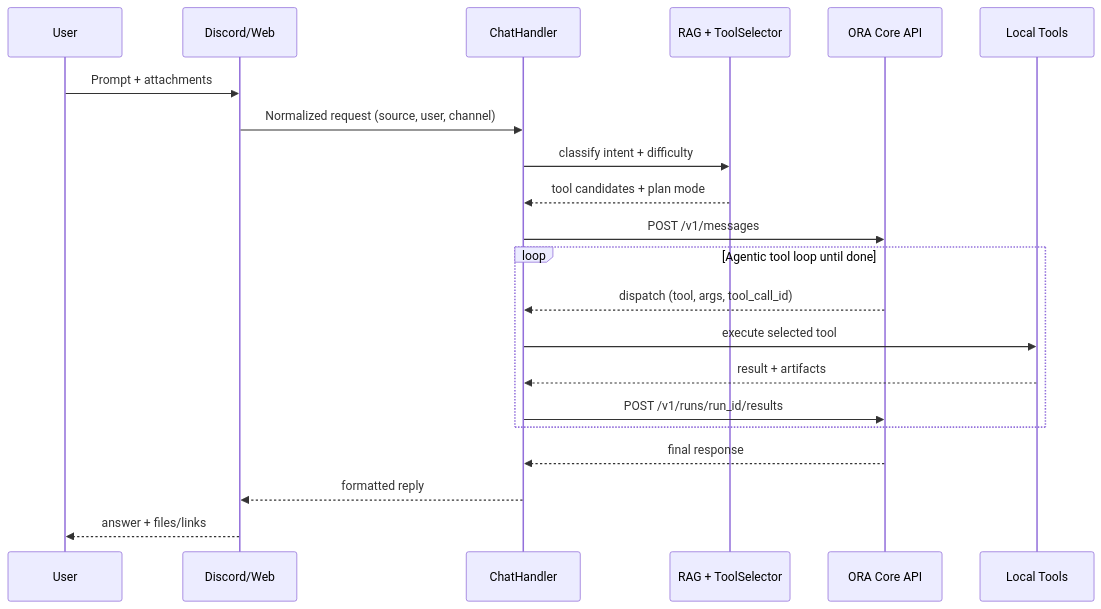
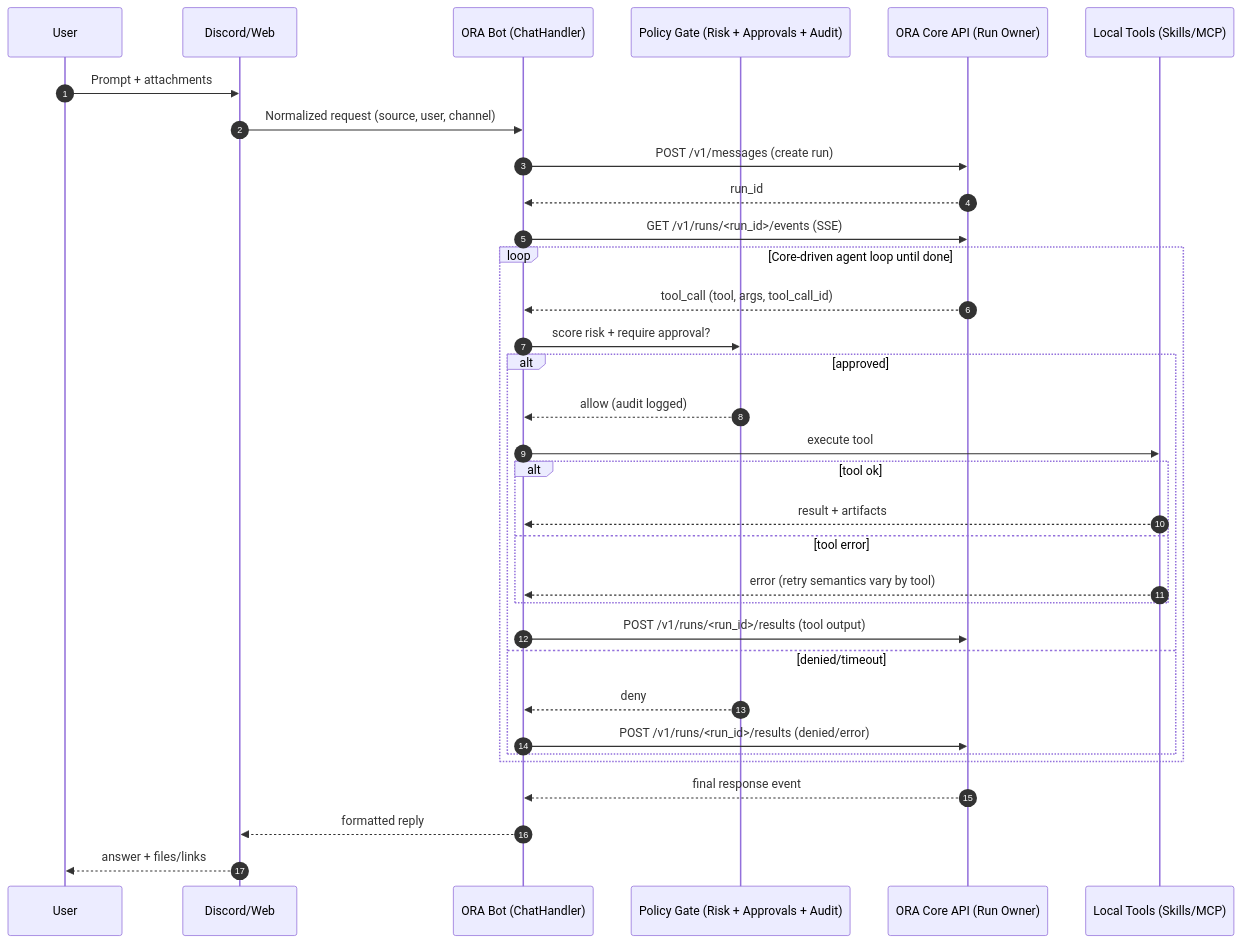
Before and after one commit to YoneRai12/ORA: the first of 3 diagrams in README.md, drawn with Mermaid. The commit also changed other lines of this file, not shown here.

Commit message:
docs(arch): clarify Core-driven loop + add state/policy/obs lanes

````diff
--- a/README.md
+++ b/README.md
@@ -70,24 +70,36 @@
 ```mermaid
 sequenceDiagram
+    autonumber
     participant U as User
     participant P as Discord/Web
-    participant C as ChatHandler
-    participant R as RAG + ToolSelector
-    participant O as ORA Core API
-    participant T as Local Tools
+    participant C as ORA Bot (ChatHandler)
+    participant S as Policy Gate (Risk + Approvals + Audit)
+    participant O as ORA Core API (Run Owner)
+    participant T as Local Tools (Skills/MCP)
 
     U->>P: Prompt + attachments
     P->>C: Normalized request (source, user, channel)
-    C->>R: classify intent + difficulty
-    R-->>C: tool candidates + plan mode
-    C->>O: POST /v1/messages
-    loop Agentic tool loop until done
-        O-->>C: dispatch (tool, args, tool_call_id)
-        C->>T: execute selected tool
-        T-->>C: result + artifacts
-        C->>O: POST /v1/runs/run_id/results
+    C->>O: POST /v1/messages (create run)
+    O-->>C: run_id
+    C->>O: GET /v1/runs/<run_id>/events (SSE)
+    loop Core-driven agent loop until done
+        O-->>C: tool_call (tool, args, tool_call_id)
+        C->>S: score risk + require approval?
+        alt approved
+            S-->>C: allow (audit logged)
+            C->>T: execute tool
+            alt tool ok
+                T-->>C: result + artifacts
+            else tool error
+                T-->>C: error (retry semantics vary by tool)
+            end
+            C->>O: POST /v1/runs/<run_id>/results (tool output)
+        else denied/timeout
+            S-->>C: deny
+            C->>O: POST /v1/runs/<run_id>/results (denied/error)
+        end
     end
-    O-->>C: final response
+    O-->>C: final response event
     C-->>P: formatted reply
     P-->>U: answer + files/links
 ```
````
